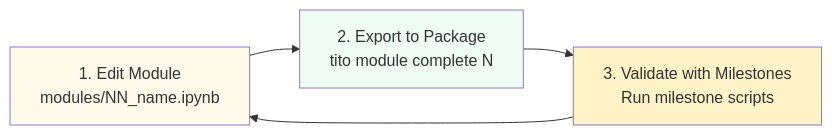
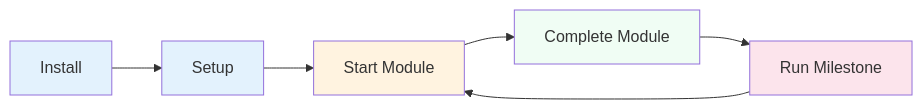
Before and after one commit to harvard-edge/cs249r_book: the diagram in tinytorch/site/getting-started.md, drawn with Mermaid. The commit also changed other lines of this file and 1 other file, not shown here.

First line of the commit message:
docs(tinytorch): update getting-started with real milestone output

````diff
--- a/tinytorch/site/getting-started.md
+++ b/tinytorch/site/getting-started.md
@@ -87,12 +20,15 @@
 ```{mermaid}
 :align: center
-:caption: "**TinyTorch Build Cycle.** The three-step workflow you repeat for each module: edit in Jupyter, export to the package, and validate with milestone scripts."
 graph LR
- A[1. Edit Module<br/>modules/NN_name.ipynb] --> B[2. Export to Package<br/>tito module complete N]
- B --> C[3. Validate with Milestones<br/>Run milestone scripts]
- C --> A
+    A[Install] --> B[Setup]
+    B --> C[Start Module]
+    C --> D[Complete Module]
+    D --> E[Run Milestone]
+    E --> C
 
- style A fill:#fffbeb
- style B fill:#f0fdf4
- style C fill:#fef3c7
+    style A fill:#e3f2fd
+    style B fill:#e3f2fd
+    style C fill:#fff3e0
+    style D fill:#f0fdf4
+    style E fill:#fce4ec
 ```
````
